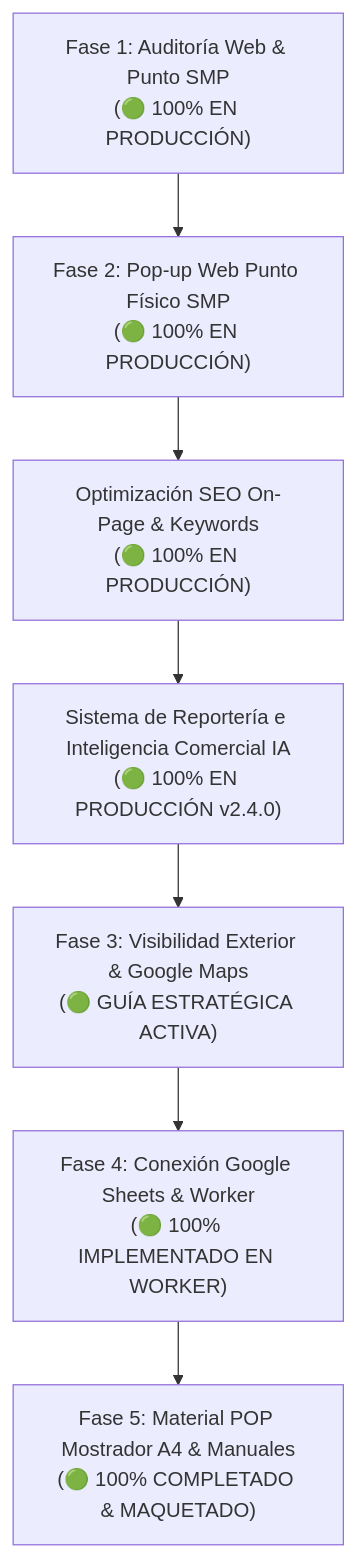
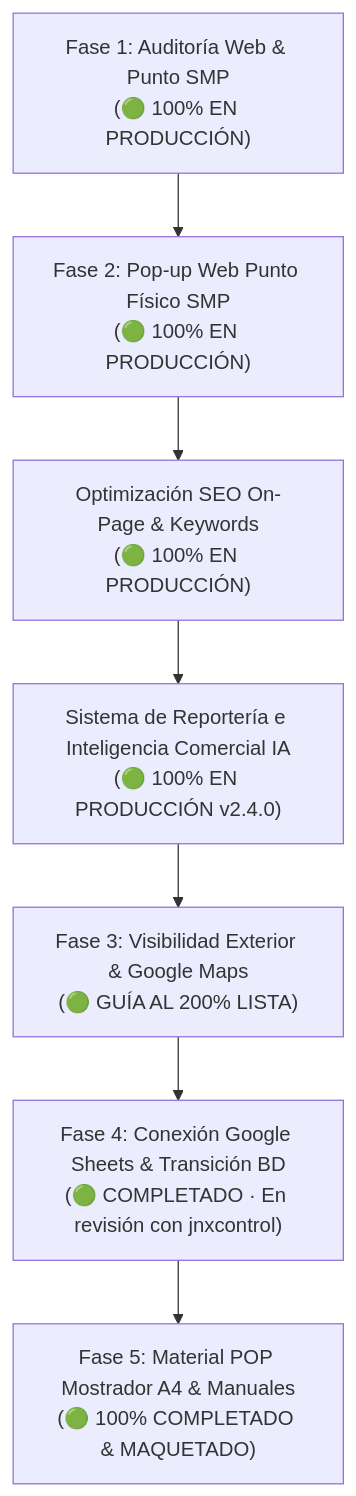
The diagram in docs/5_REPORTE_AUDITORIA_2026-11-06.md (dolce7aroma/dolce7aroma.github.io), drawn with Mermaid before and after one commit. The commit also changed other lines of this file and 3 other files, not shown here.

Commit message:
docs: completar guia maestra Google Business Profile 200% y registrar transicion de BD a jnxcontrol

````diff
--- a/docs/5_REPORTE_AUDITORIA_2026-11-06.md
+++ b/docs/5_REPORTE_AUDITORIA_2026-11-06.md
@@ -22,9 +22,9 @@
 ```mermaid
 flowchart TD
     Fase1["Fase 1: Auditoría Web & Punto SMP<br/>(🟢 100% EN PRODUCCIÓN)"] --> Fase2["Fase 2: Pop-up Web Punto Físico SMP<br/>(🟢 100% EN PRODUCCIÓN)"]
     Fase2 --> SEO["Optimización SEO On-Page & Keywords<br/>(🟢 100% EN PRODUCCIÓN)"]
     SEO --> Reporteria["Sistema de Reportería e Inteligencia Comercial IA<br/>(🟢 100% EN PRODUCCIÓN v2.4.0)"]
-    Reporteria --> Fase3["Fase 3: Visibilidad Exterior & Google Maps<br/>(🟢 GUÍA ESTRATÉGICA ACTIVA)"]
-    Fase3 --> Fase4["Fase 4: Conexión Google Sheets & Worker<br/>(🟢 100% IMPLEMENTADO EN WORKER)"]
+    Reporteria --> Fase3["Fase 3: Visibilidad Exterior & Google Maps<br/>(🟢 GUÍA AL 200% LISTA)"]
+    Fase3 --> Fase4["Fase 4: Conexión Google Sheets & Transición BD<br/>(🟢 COMPLETADO · En revisión con jnxcontrol)"]
     Fase4 --> Fase5["Fase 5: Material POP Mostrador A4 & Manuales<br/>(🟢 100% COMPLETADO & MAQUETADO)"]
 ```
````
